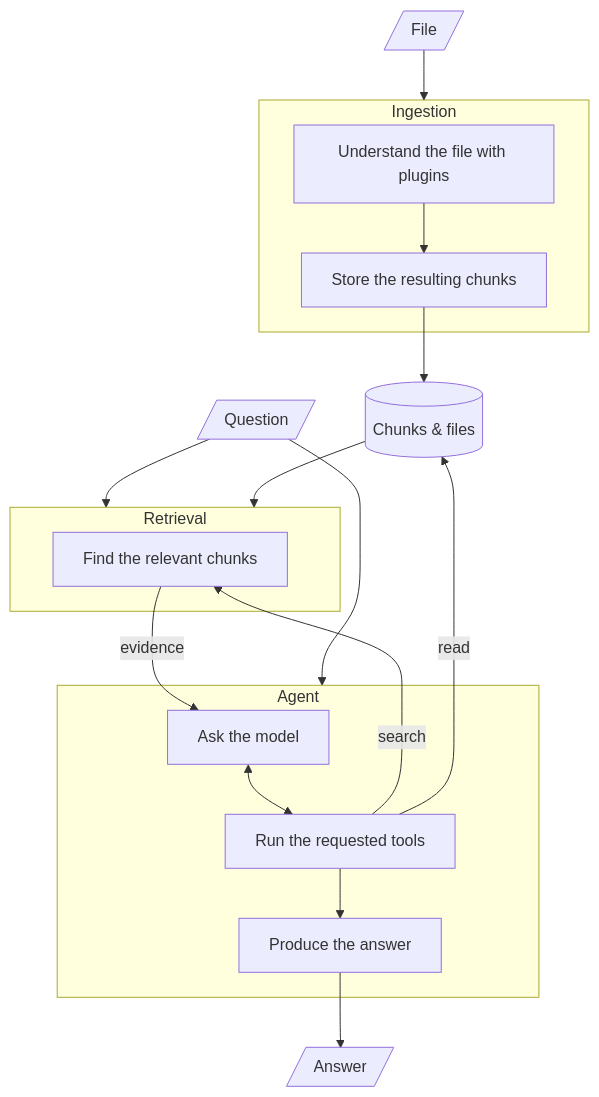
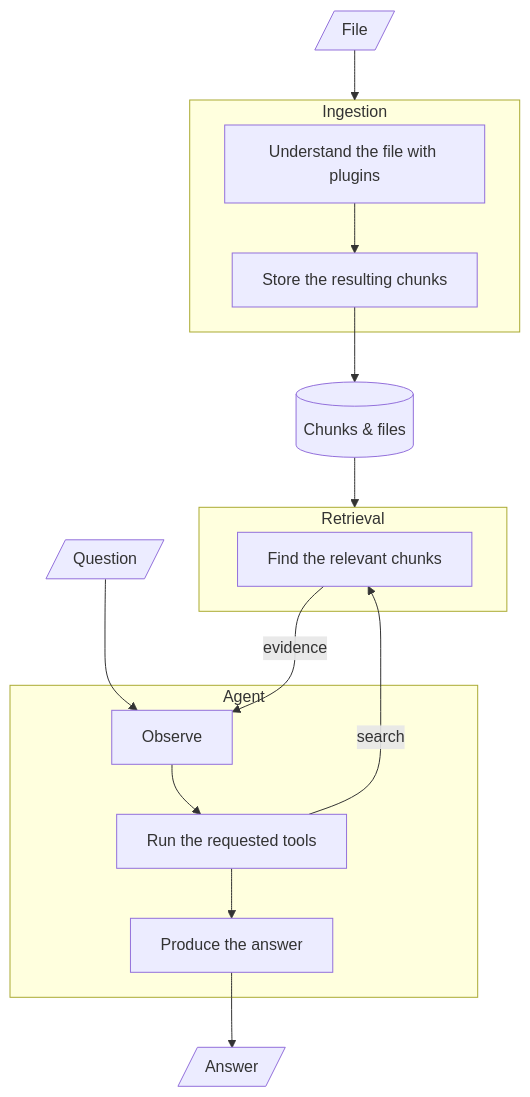
Before and after one commit to kylehue/agentic-rag: the first of 5 diagrams in README.md, drawn with Mermaid.

Commit message:
docs(architecture): improve the overall architecture graph

````diff
--- a/README.md
+++ b/README.md
@@ -129,27 +129,25 @@
 ```mermaid
 flowchart TD
     F[/File/] --> ING
-    Q[/Question/] --> RET
-    Q --> AGT
 
     subgraph ING["Ingestion"]
         I1["Understand the file with plugins"] --> I2["Store the resulting chunks"]
     end
 
     I2 --> D[("Chunks & files")]
     D --> RET
 
     subgraph RET["Retrieval"]
         R1["Find the relevant chunks"]
     end
 
+    Q[/Question/] --> A1
     subgraph AGT["Agent"]
-        A1["Ask the model"] <--> A2["Run the requested tools"]
+        A1["Observe"] --> A2["Run the requested tools"]
         A2 --> A3["Produce the answer"]
     end
 
     A2 -->|"search"| R1
     R1 -->|"evidence"| A1
-    A2 -->|"read"| D
     A3 --> O[/Answer/]
 ```
````
